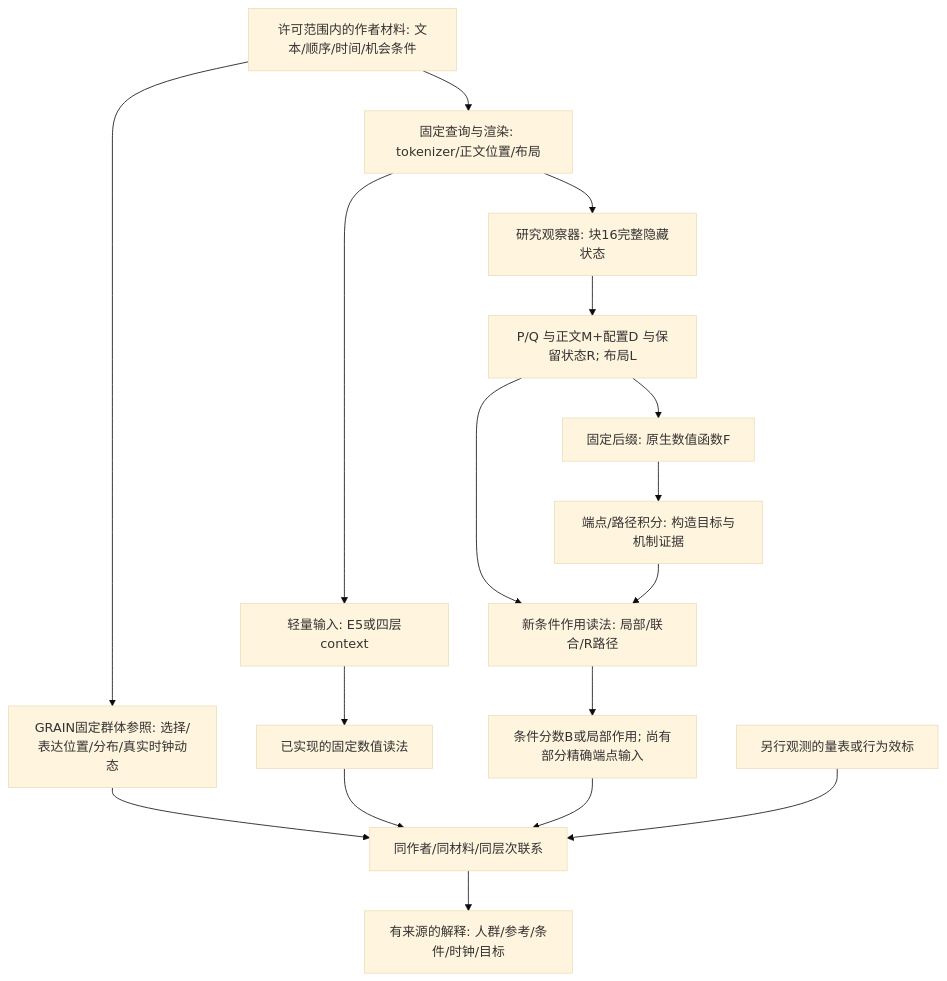
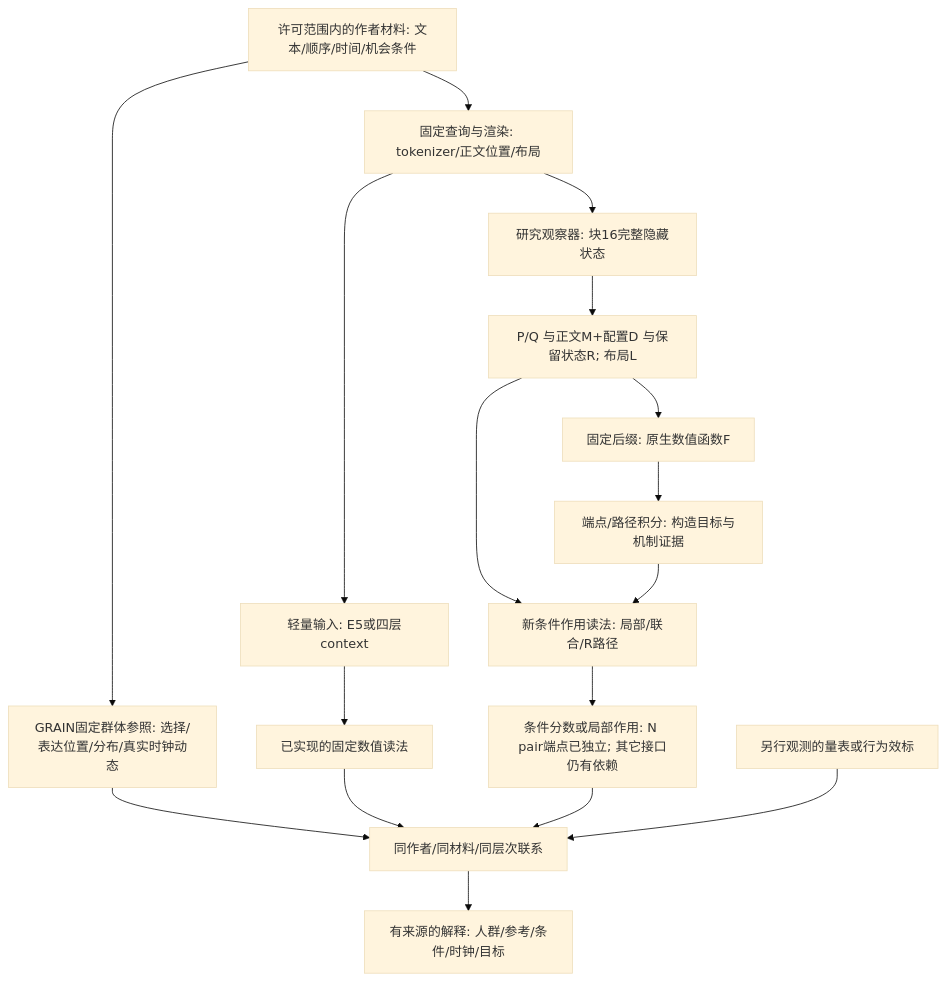
Before and after one commit to reiserhhh/GRAIN: the diagram in docs/GRAIN_CONDITIONAL_INPUT_DEPENDENCIES_V1.md, drawn with Mermaid (base theme). The commit also changed other lines of this file and 17 other files, not shown here.

````diff
--- a/docs/GRAIN_CONDITIONAL_INPUT_DEPENDENCIES_V1.md
+++ b/docs/GRAIN_CONDITIONAL_INPUT_DEPENDENCIES_V1.md
@@ -9,19 +9,19 @@
 ```mermaid
 flowchart TD
   A[许可范围内的作者材料: 文本/顺序/时间/机会条件] --> G[GRAIN固定群体参照: 选择/表达位置/分布/真实时钟动态]
   A --> T[固定查询与渲染: tokenizer/正文位置/布局]
   T --> E[轻量输入: E5或四层context]
   T --> H[研究观察器: 块16完整隐藏状态]
   E --> C[已实现的固定数值读法]
   H --> P[P/Q 与正文M+配置D 与保留状态R; 布局L]
   P --> F[固定后缀: 原生数值函数F]
   P --> K[新条件作用读法: 局部/联合/R路径]
   F --> V[端点/路径积分: 构造目标与机制证据]
   V --> K
-  K --> B[条件分数B或局部作用; 尚有部分精确端点输入]
+  K --> B[条件分数或局部作用: N pair端点已独立; 其它接口仍有依赖]
   G --> J[同作者/同材料/同层次联系]
   C --> J
   B --> J
   Y[另行观测的量表或行为效标] --> J
   J --> I[有来源的解释: 人群/参考/条件/时钟/目标]
 ```
````
